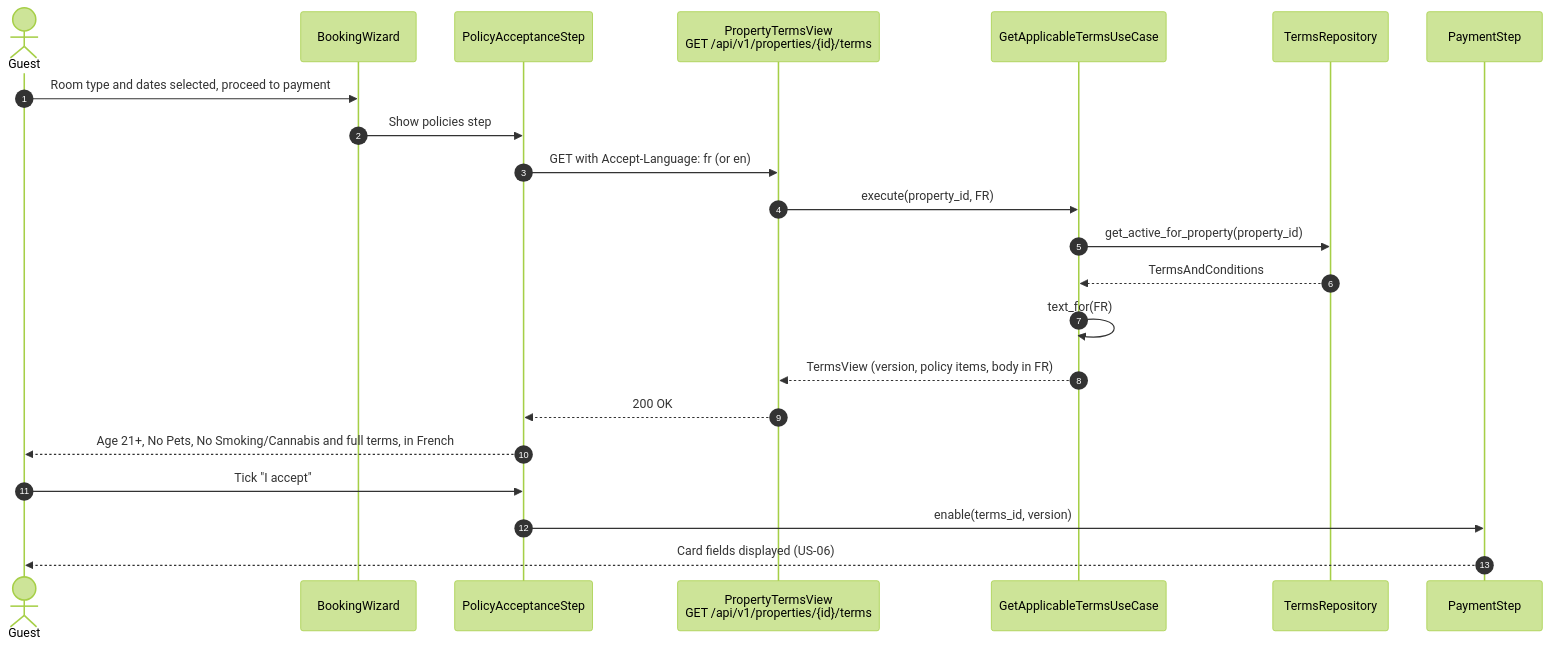
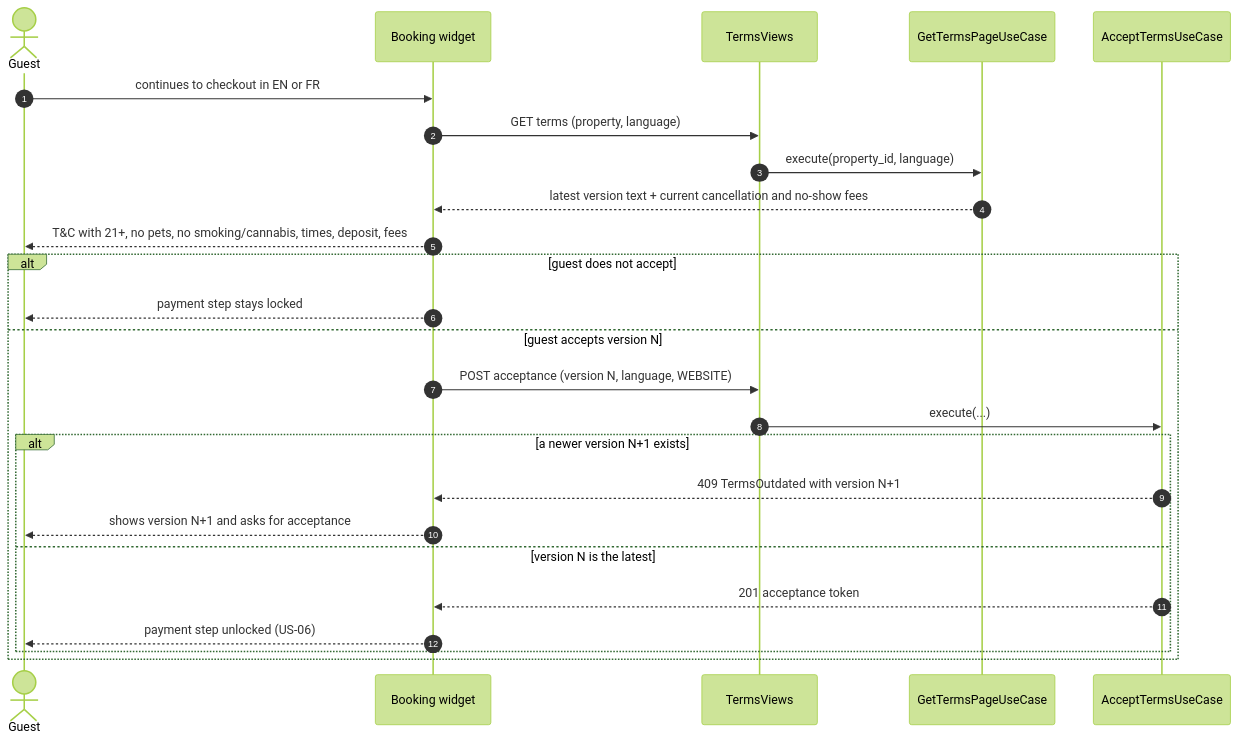
Before and after one commit to BraceroInSabot/Motel-Starmie: the third of 3 diagrams in docs/Initial Requirements/Diagrams/US-05 - Policy Acceptance Before Payment.md, drawn with Mermaid (forest theme). The commit also changed other lines of this file and 51 other files, not shown here.

````diff
--- a/docs/Initial Requirements/Diagrams/US-05 - Policy Acceptance Before Payment.md
+++ b/docs/Initial Requirements/Diagrams/US-05 - Policy Acceptance Before Payment.md
@@ -203,25 +184,28 @@
 ```mermaid
 sequenceDiagram
     autonumber
     actor Guest
-    participant Wizard as BookingWizard
-    participant Step as PolicyAcceptanceStep
-    participant View as PropertyTermsView<br/>GET /api/v1/properties/{id}/terms
-    participant UC as GetApplicableTermsUseCase
-    participant Repo as TermsRepository
-    participant Pay as PaymentStep
+    participant Widget as Booking widget
+    participant View as TermsViews
+    participant Page as GetTermsPageUseCase
+    participant Accept as AcceptTermsUseCase
 
-    Guest->>Wizard: Room type and dates selected, proceed to payment
-    Wizard->>Step: Show policies step
-    Step->>View: GET with Accept-Language: fr (or en)
-    View->>UC: execute(property_id, FR)
-    UC->>Repo: get_active_for_property(property_id)
-    Repo-->>UC: TermsAndConditions
-    UC->>UC: text_for(FR)
-    UC-->>View: TermsView (version, policy items, body in FR)
-    View-->>Step: 200 OK
-    Step-->>Guest: Age 21+, No Pets, No Smoking/Cannabis and full terms, in French
-    Guest->>Step: Tick "I accept"
-    Step->>Pay: enable(terms_id, version)
-    Pay-->>Guest: Card fields displayed (US-06)
+    Guest->>Widget: continues to checkout in EN or FR
+    Widget->>View: GET terms (property, language)
+    View->>Page: execute(property_id, language)
+    Page-->>Widget: latest version text + current cancellation and no-show fees
+    Widget-->>Guest: T&C with 21+, no pets, no smoking/cannabis, times, deposit, fees
+    alt guest does not accept
+        Widget-->>Guest: payment step stays locked
+    else guest accepts version N
+        Widget->>View: POST acceptance (version N, language, WEBSITE)
+        View->>Accept: execute(...)
+        alt a newer version N+1 exists
+            Accept-->>Widget: 409 TermsOutdated with version N+1
+            Widget-->>Guest: shows version N+1 and asks for acceptance
+        else version N is the latest
+            Accept-->>Widget: 201 acceptance token
+            Widget-->>Guest: payment step unlocked (US-06)
+        end
+    end
 ```
````
